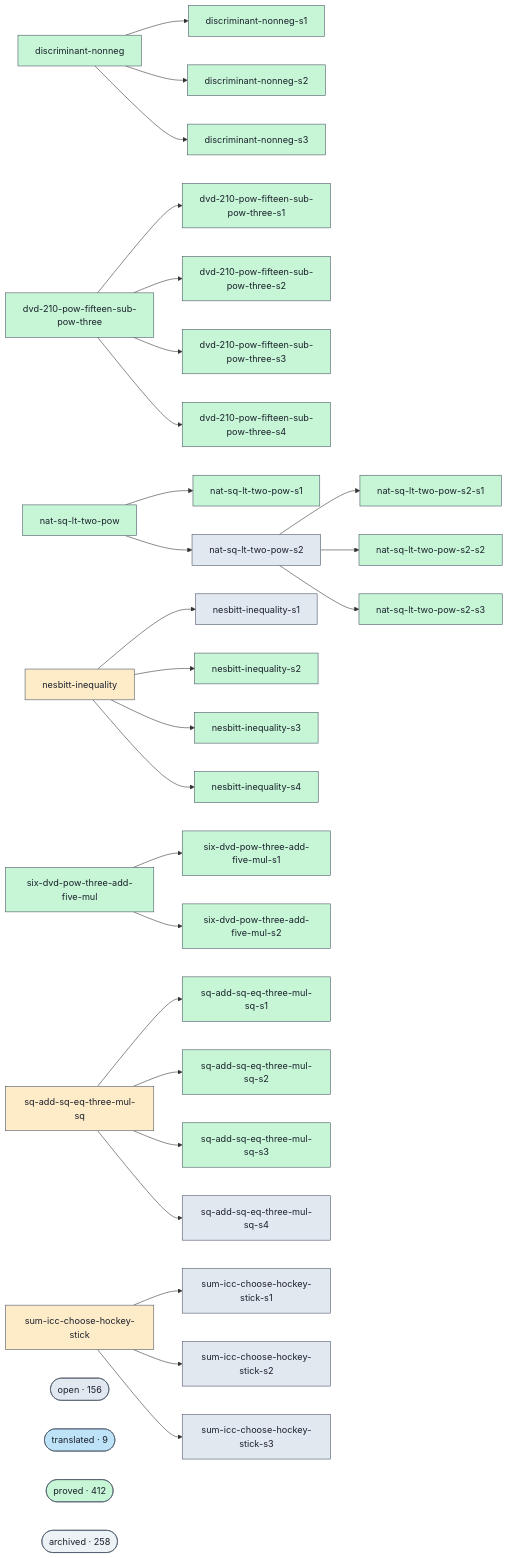
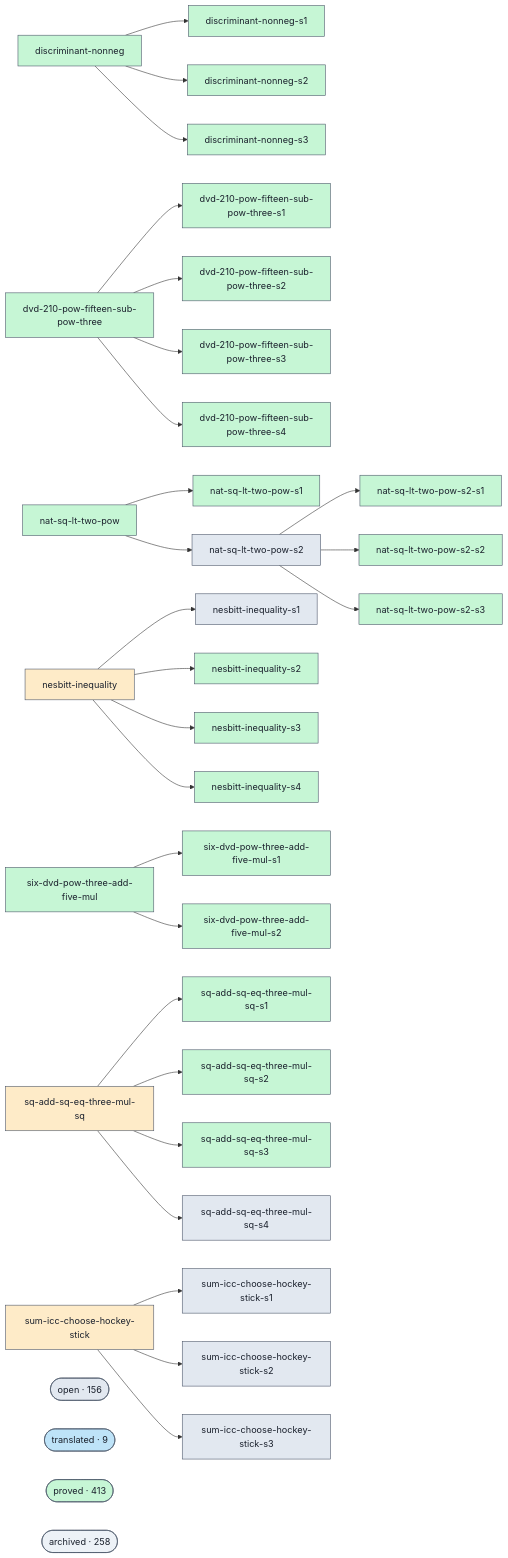
The diagram in docs/proofs-contributors-visualisation.md (ohdearquant/unsorry), drawn with Mermaid before and after one commit. The commit also changed other lines of this file and 2 other files, not shown here.

```diff
--- a/docs/proofs-contributors-visualisation.md
+++ b/docs/proofs-contributors-visualisation.md
@@ -147,7 +147,7 @@
   class cluster_open open;
   cluster_translated(["translated · 9"])
   class cluster_translated translated;
-  cluster_proved(["proved · 412"])
+  cluster_proved(["proved · 413"])
   class cluster_proved proved;
   cluster_archived(["archived · 258"])
   class cluster_archived unknown;
```
